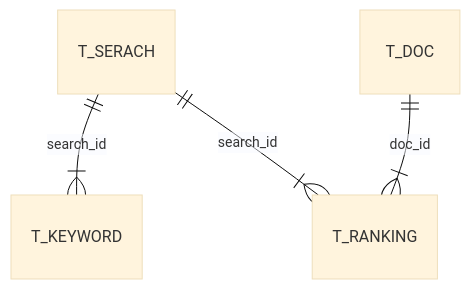
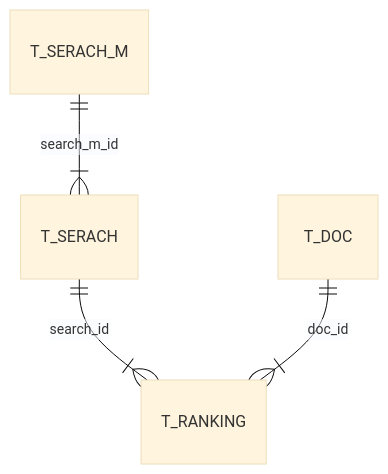
Before and after one commit to DaishinUehara/RankingChecker: the first of 2 diagrams in README.md, drawn with Mermaid (base theme). The commit also changed other lines of this file, not shown here.

````diff
--- a/README.md
+++ b/README.md
@@ -32,6 +32,6 @@
 ```mermaid
 erDiagram
-    T_SERACH ||--|{ T_KEYWORD : search_id
+    T_SERACH_M ||--|{ T_SERACH : search_m_id
     T_SERACH ||--|{ T_RANKING : search_id
     T_DOC ||--|{ T_RANKING : doc_id
 ```
````
